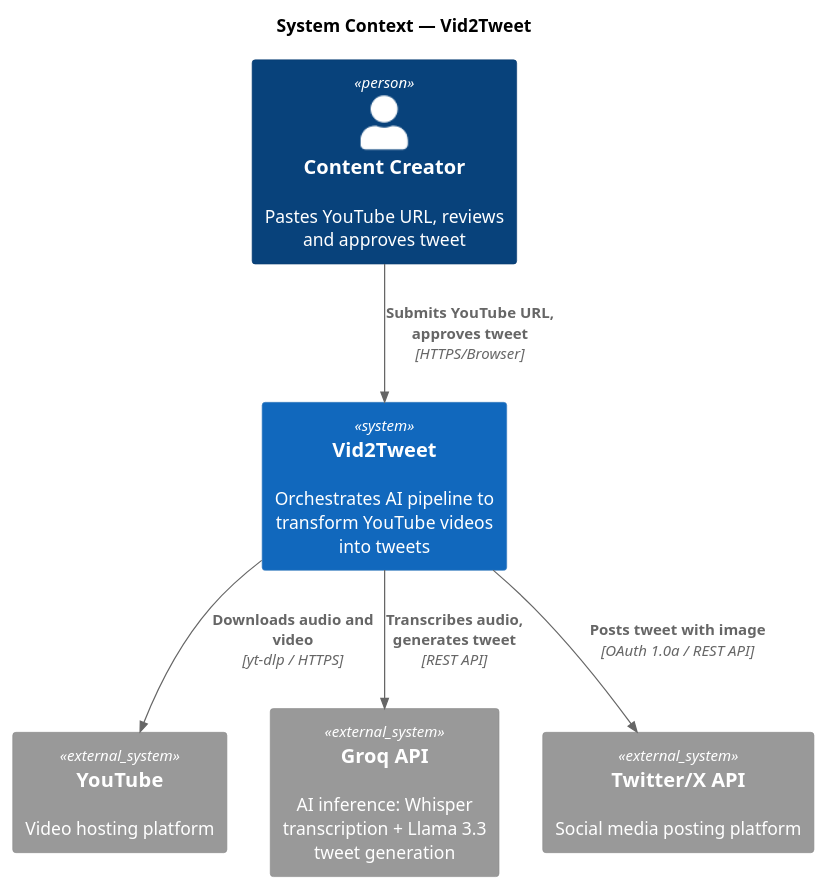
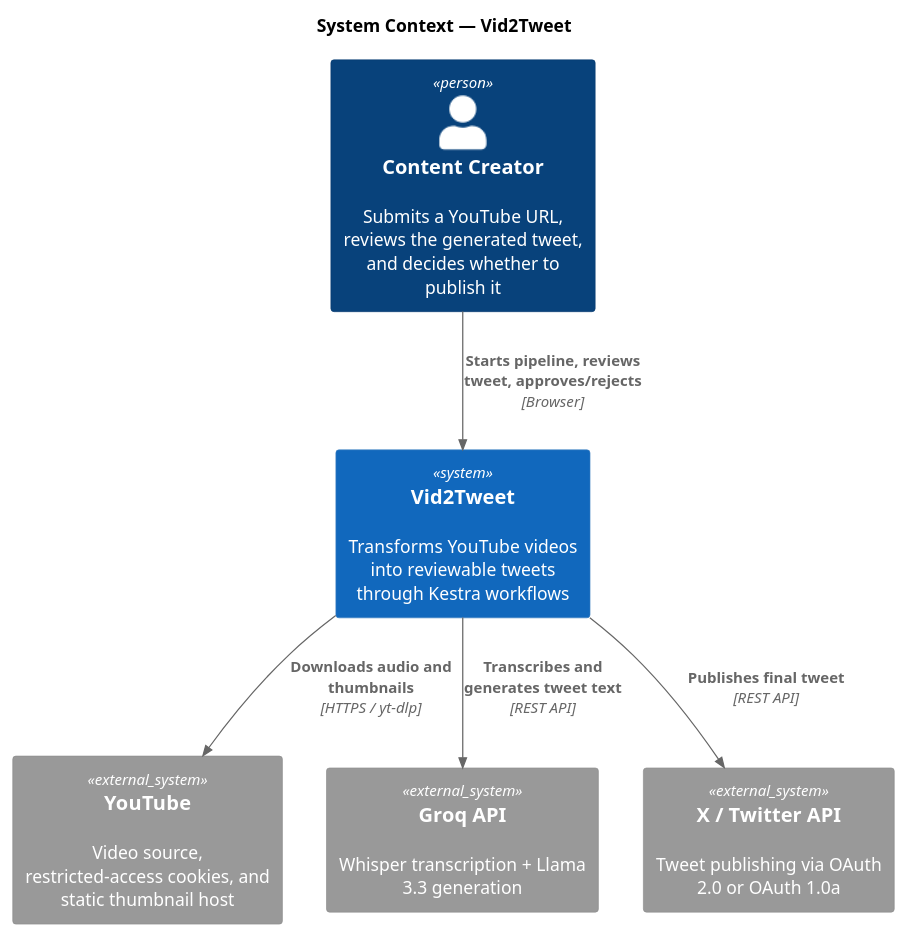
One commit to deepakkj/vid2tweet changed the diagram in docs/diagrams/architecture/system-context.puml. Above: the diagram before and after it, drawn with PlantUML. The commit also changed 3 other files, not shown here.

Commit message:
align architecture and flow diagrams with implementation

```diff
--- a/docs/diagrams/architecture/system-context.puml
+++ b/docs/diagrams/architecture/system-context.puml
@@ -1,19 +1,19 @@
 @startuml system-context
 !include https://raw.githubusercontent.com/plantuml-stdlib/C4-PlantUML/master/C4_Context.puml
 
 title System Context — Vid2Tweet
 
-Person(user, "Content Creator", "Pastes YouTube URL, reviews and approves tweet")
+Person(user, "Content Creator", "Submits a YouTube URL, reviews the generated tweet, and decides whether to publish it")
 
-System(vid2tweet, "Vid2Tweet", "Orchestrates AI pipeline to transform YouTube videos into tweets")
+System(vid2tweet, "Vid2Tweet", "Transforms YouTube videos into reviewable tweets through Kestra workflows")
 
-System_Ext(youtube, "YouTube", "Video hosting platform")
-System_Ext(groq, "Groq API", "AI inference: Whisper transcription + Llama 3.3 tweet generation")
-System_Ext(twitter, "Twitter/X API", "Social media posting platform")
+System_Ext(youtube, "YouTube", "Video source, restricted-access cookies, and static thumbnail host")
+System_Ext(groq, "Groq API", "Whisper transcription + Llama 3.3 generation")
+System_Ext(twitter, "X / Twitter API", "Tweet publishing via OAuth 2.0 or OAuth 1.0a")
 
-Rel(user, vid2tweet, "Submits YouTube URL, approves tweet", "HTTPS/Browser")
-Rel(vid2tweet, youtube, "Downloads audio and video", "yt-dlp / HTTPS")
-Rel(vid2tweet, groq, "Transcribes audio, generates tweet", "REST API")
-Rel(vid2tweet, twitter, "Posts tweet with image", "OAuth 1.0a / REST API")
+Rel(user, vid2tweet, "Starts pipeline, reviews tweet, approves/rejects", "Browser")
+Rel(vid2tweet, youtube, "Downloads audio and thumbnails", "HTTPS / yt-dlp")
+Rel(vid2tweet, groq, "Transcribes and generates tweet text", "REST API")
+Rel(vid2tweet, twitter, "Publishes final tweet", "REST API")
 
 @enduml
```
